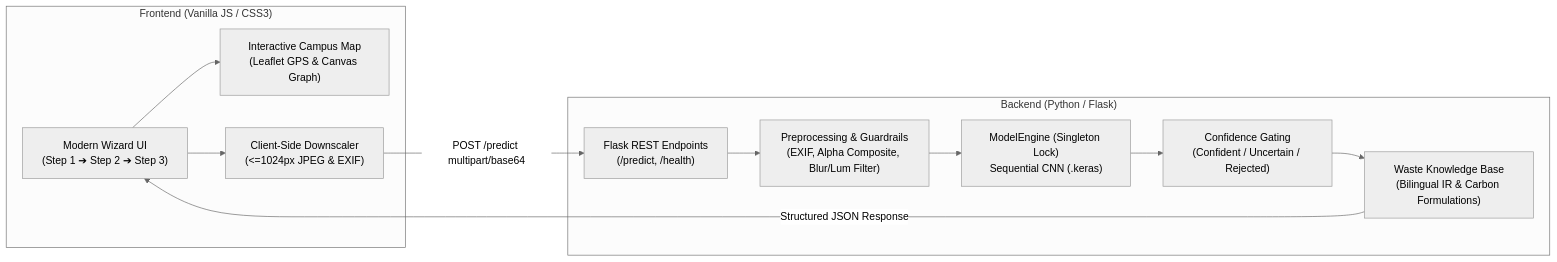
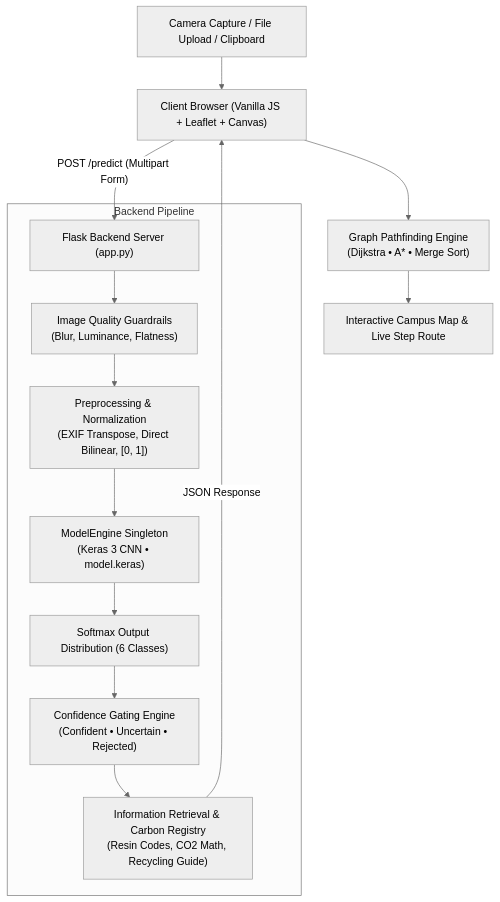
The first of 2 diagrams in README.md (nour714/EcoSort), drawn with Mermaid (neutral theme) before and after one commit. The commit also changed other lines of this file and 2 other files, not shown here.

Commit message:
docs: rewrite clean image-free english documentation and defense guide

````diff
--- a/README.md
+++ b/README.md
@@ -69,25 +51,19 @@
 ```mermaid
-flowchart LR
-    subgraph Client["Frontend (Vanilla JS / CSS3)"]
-        UI["Modern Wizard UI\n(Step 1 ➔ Step 2 ➔ Step 3)"]
-        Canvas["Interactive Campus Map\n(Leaflet GPS & Canvas Graph)"]
-        ClientScaler["Client-Side Downscaler\n(<=1024px JPEG & EXIF)"]
+flowchart TD
+    Client["Client Browser (Vanilla JS + Leaflet + Canvas)"]
+    Camera["Camera Capture / File Upload / Clipboard"] --> Client
+    Client -->|"POST /predict (Multipart Form)"| Flask["Flask Backend Server (app.py)"]
+    
+    subgraph Backend Pipeline
+        Flask --> Quality["Image Quality Guardrails\n(Blur, Luminance, Flatness)"]
+        Quality --> Preproc["Preprocessing & Normalization\n(EXIF Transpose, Direct Bilinear, [0, 1])"]
+        Preproc --> ModelEngine["ModelEngine Singleton\n(Keras 3 CNN &bull; model.keras)"]
+        ModelEngine --> Softmax["Softmax Output Distribution (6 Classes)"]
+        Softmax --> Gating["Confidence Gating Engine\n(Confident &bull; Uncertain &bull; Rejected)"]
+        Gating --> IR["Information Retrieval & Carbon Registry\n(Resin Codes, CO2 Math, Recycling Guide)"]
     end
-
-    subgraph Server["Backend (Python / Flask)"]
-        API["Flask REST Endpoints\n(/predict, /health)"]
-        Preproc["Preprocessing & Guardrails\n(EXIF, Alpha Composite, Blur/Lum Filter)"]
-        Engine["ModelEngine (Singleton Lock)\nSequential CNN (.keras)"]
-        Gating["Confidence Gating\n(Confident / Uncertain / Rejected)"]
-        KB["Waste Knowledge Base\n(Bilingual IR & Carbon Formulations)"]
-    end
-
-    UI --> ClientScaler
-    ClientScaler -->|POST /predict multipart/base64| API
-    API --> Preproc
-    Preproc --> Engine
-    Engine --> Gating
-    Gating --> KB
-    KB -->|Structured JSON Response| UI
-    UI --> Canvas
+    
+    IR -->|"JSON Response"| Client
+    Client --> Pathfinding["Graph Pathfinding Engine\n(Dijkstra &bull; A* &bull; Merge Sort)"]
+    Pathfinding --> MapUI["Interactive Campus Map & Live Step Route"]
 ```
````
